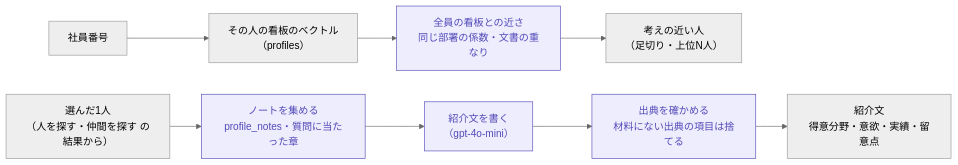
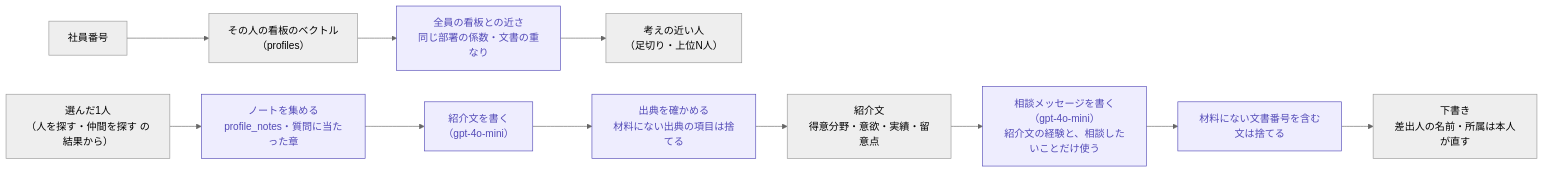
One commit to emon0415/DATA-TRIANGLE_261013 changed the fifth of 7 diagrams in docs/data_flow.md. Above: the diagram before and after it, drawn with Mermaid (neutral theme). The commit also changed other lines of this file and 3 other files, not shown here.

First line of the commit message:
構成図を、公開（Streamlit Community Cloud）と追加機能に合わせて更新

````diff
--- a/docs/data_flow.md
+++ b/docs/data_flow.md
@@ -127,14 +137,17 @@
 ```mermaid
 flowchart LR
     N["社員番号"] --> PV["その人の看板のベクトル<br>（profiles）"]
     PV --> SIM["全員の看板との近さ<br>同じ部署の係数・文書の重なり"]
     SIM --> O2["考えの近い人<br>（足切り・上位N人）"]
 
     PICK["選んだ1人<br>（人を探す・仲間を探す の結果から）"] --> G["ノートを集める<br>profile_notes・質問に当たった章"]
     G --> LLM["紹介文を書く<br>（gpt-4o-mini）"]
     LLM --> VF["出典を確かめる<br>材料にない出典の項目は捨てる"]
     VF --> O3["紹介文<br>得意分野・意欲・実績・留意点"]
+    O3 --> MSG["相談メッセージを書く<br>（gpt-4o-mini）<br>紹介文の経験と、相談したいことだけ使う"]
+    MSG --> MV["材料にない文書番号を含む文は捨てる"]
+    MV --> O4["下書き<br>差出人の名前・所属は本人が直す"]
 
     classDef srch fill:#EEEDFE,stroke:#534AB7,color:#534AB7
-    class SIM,G,LLM,VF srch
+    class SIM,G,LLM,VF,MSG,MV srch
 ```
````
